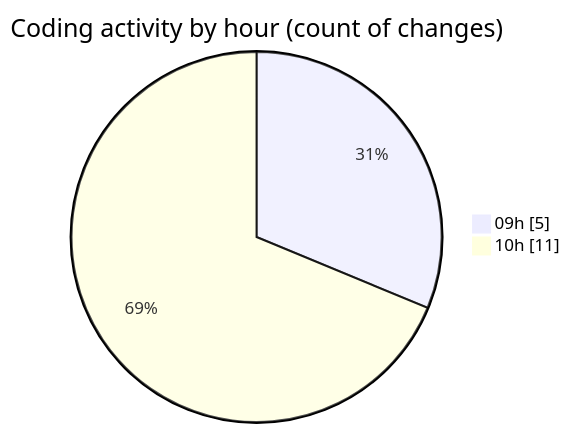
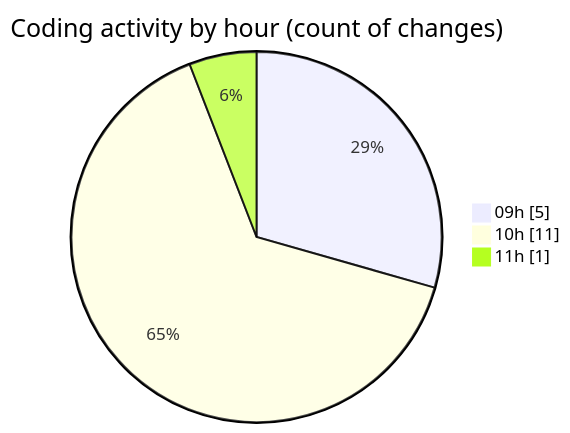
The second of 2 diagrams in 2025-03-09/myws__workspace_/README.md (MatusMokan/code-tracking), drawn with Mermaid before and after one commit. The commit also changed other lines of this file and 1 other file, not shown here.

````diff
--- a/2025-03-09/myws__workspace_/README.md
+++ b/2025-03-09/myws__workspace_/README.md
@@ -30,6 +30,7 @@
 ```mermaid
 pie showData
 title Coding activity by hour (count of changes)
 "09h" : 5
 "10h" : 11
+"11h" : 1
 ```
````
